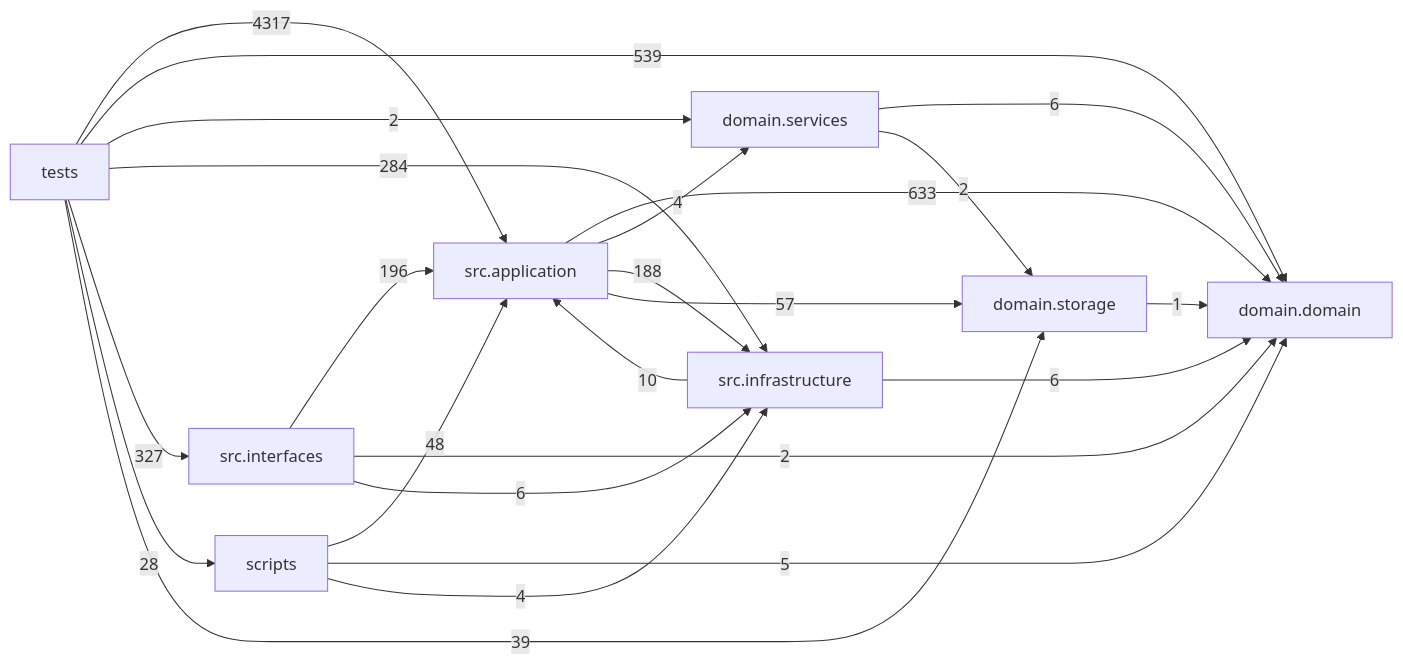
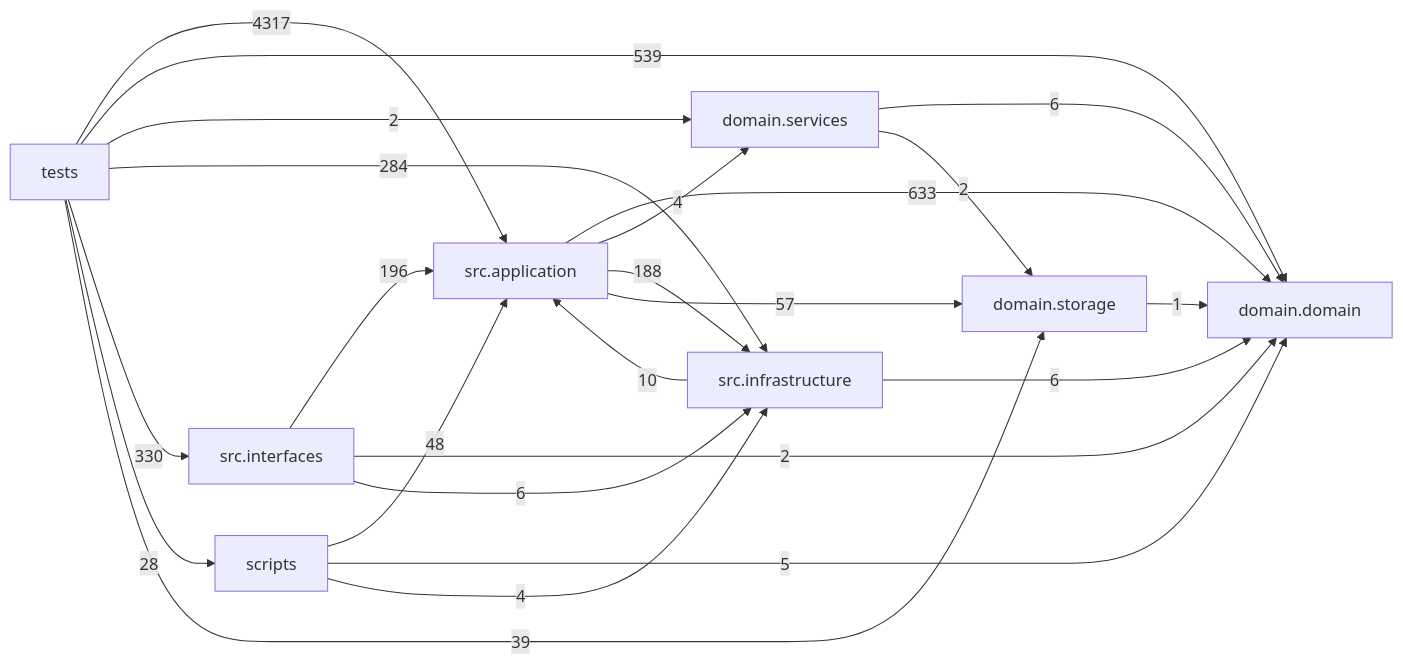
The diagram in docs/DEPENDENCY_GRAPH.md (liuxie066/options-monitor), drawn with Mermaid before and after one commit. The commit also changed other lines of this file and 4 other files, not shown here.

````diff
--- a/docs/DEPENDENCY_GRAPH.md
+++ b/docs/DEPENDENCY_GRAPH.md
@@ -24,33 +24,33 @@
 ```mermaid
 flowchart LR
   tests["tests"]
   scripts["scripts"]
   interfaces["src.interfaces"]
   application["src.application"]
   infrastructure["src.infrastructure"]
   domain_services["domain.services"]
   domain["domain.domain"]
   storage["domain.storage"]
   application -->|633| domain
   application -->|4| domain_services
   application -->|188| infrastructure
   application -->|57| storage
   domain_services -->|6| domain
   domain_services -->|2| storage
   infrastructure -->|10| application
   infrastructure -->|6| domain
   interfaces -->|196| application
   interfaces -->|2| domain
   interfaces -->|6| infrastructure
   scripts -->|48| application
   scripts -->|5| domain
   scripts -->|4| infrastructure
   storage -->|1| domain
   tests -->|4317| application
   tests -->|539| domain
   tests -->|2| domain_services
   tests -->|284| infrastructure
-  tests -->|327| interfaces
+  tests -->|330| interfaces
   tests -->|28| scripts
   tests -->|39| storage
 ```
````
